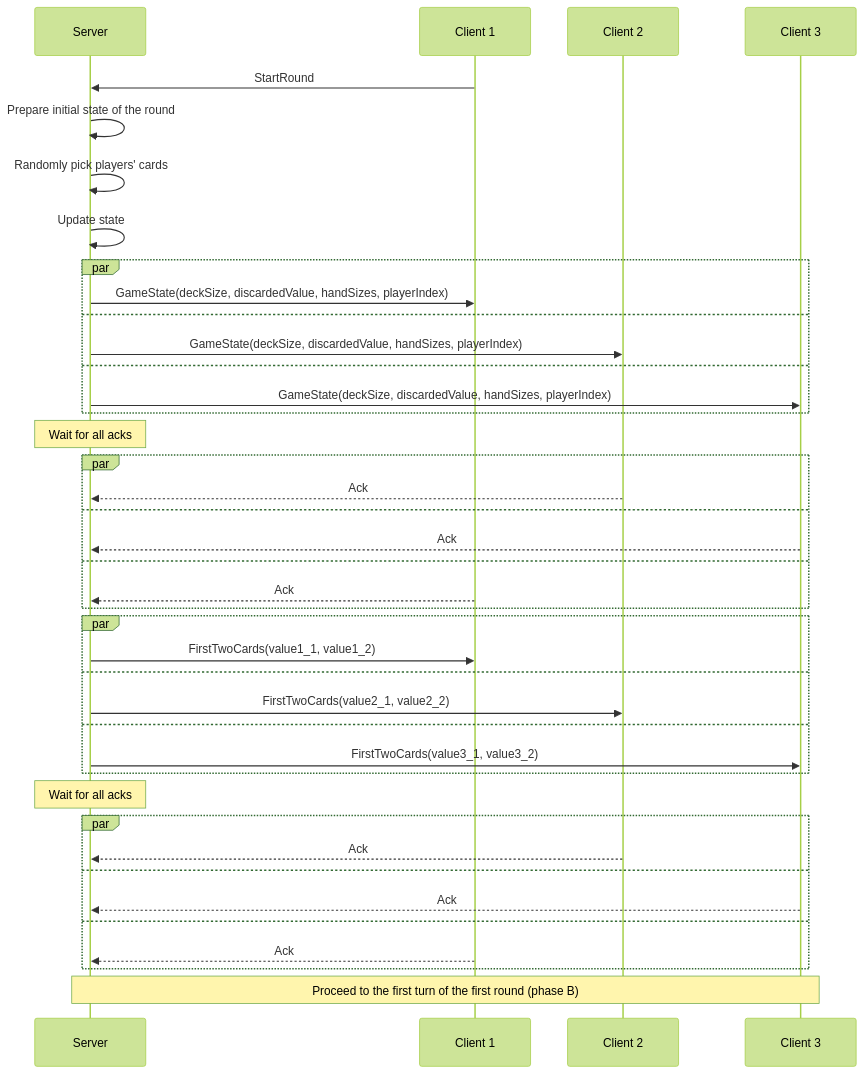
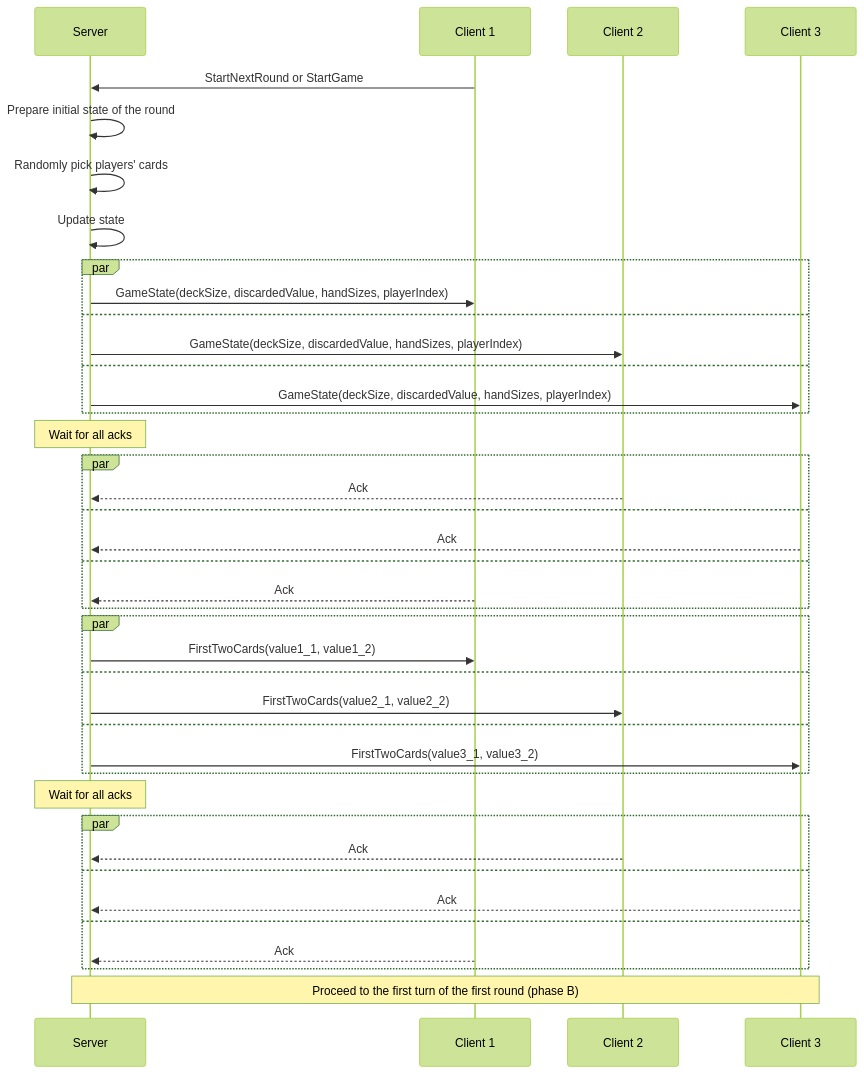
Before and after one commit to roman-zubarevich/another: the second of 17 diagrams in README.md, drawn with Mermaid (forest theme). The commit also changed other lines of this file, not shown here.

````diff
--- a/README.md
+++ b/README.md
@@ -52,42 +52,42 @@
 ```mermaid
 sequenceDiagram
     participant S as Server
     participant C1 as Client 1
     participant C2 as Client 2
     participant C3 as Client 3
-    C1->>S: StartRound
+    C1->>S: StartNextRound or StartGame
     S->>S: Prepare initial state of the round
     S->>S: Randomly pick players' cards
     S->>S: Update state
     par
         S->>C1: GameState(deckSize, discardedValue, handSizes, playerIndex)
     and
         S->>C2: GameState(deckSize, discardedValue, handSizes, playerIndex)
     and
         S->>C3: GameState(deckSize, discardedValue, handSizes, playerIndex)
     end
     Note over S: Wait for all acks
     par
         C2-->>S: Ack
     and
         C3-->>S: Ack
     and
         C1-->>S: Ack
     end
     par
         S->>C1: FirstTwoCards(value1_1, value1_2)
     and
         S->>C2: FirstTwoCards(value2_1, value2_2)
     and
         S->>C3: FirstTwoCards(value3_1, value3_2)
     end
     Note over S: Wait for all acks
     par
         C2-->>S: Ack
     and
         C3-->>S: Ack
     and
         C1-->>S: Ack
     end
     Note over S,C3: Proceed to the first turn of the first round (phase B)
 ```
````
